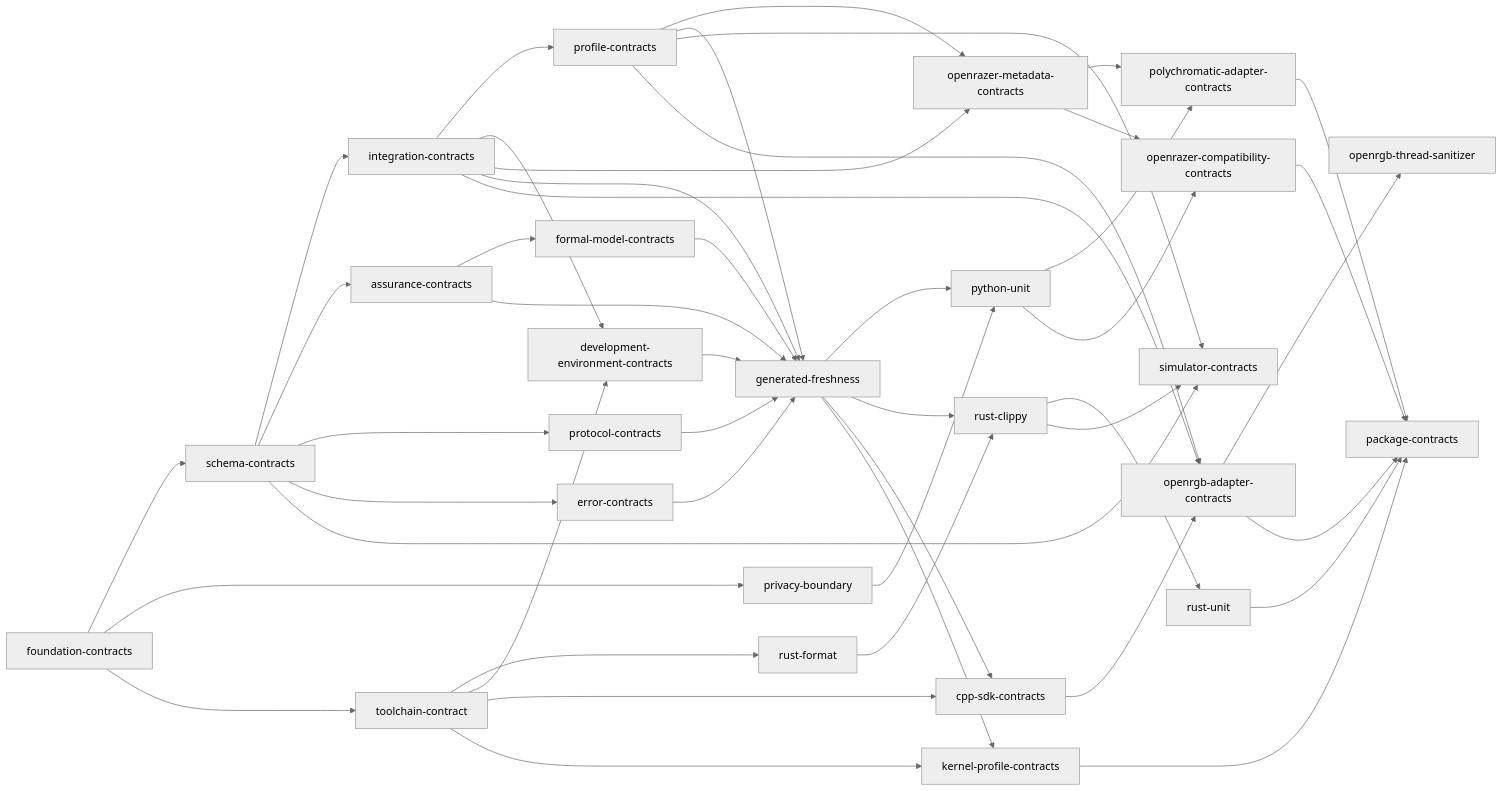
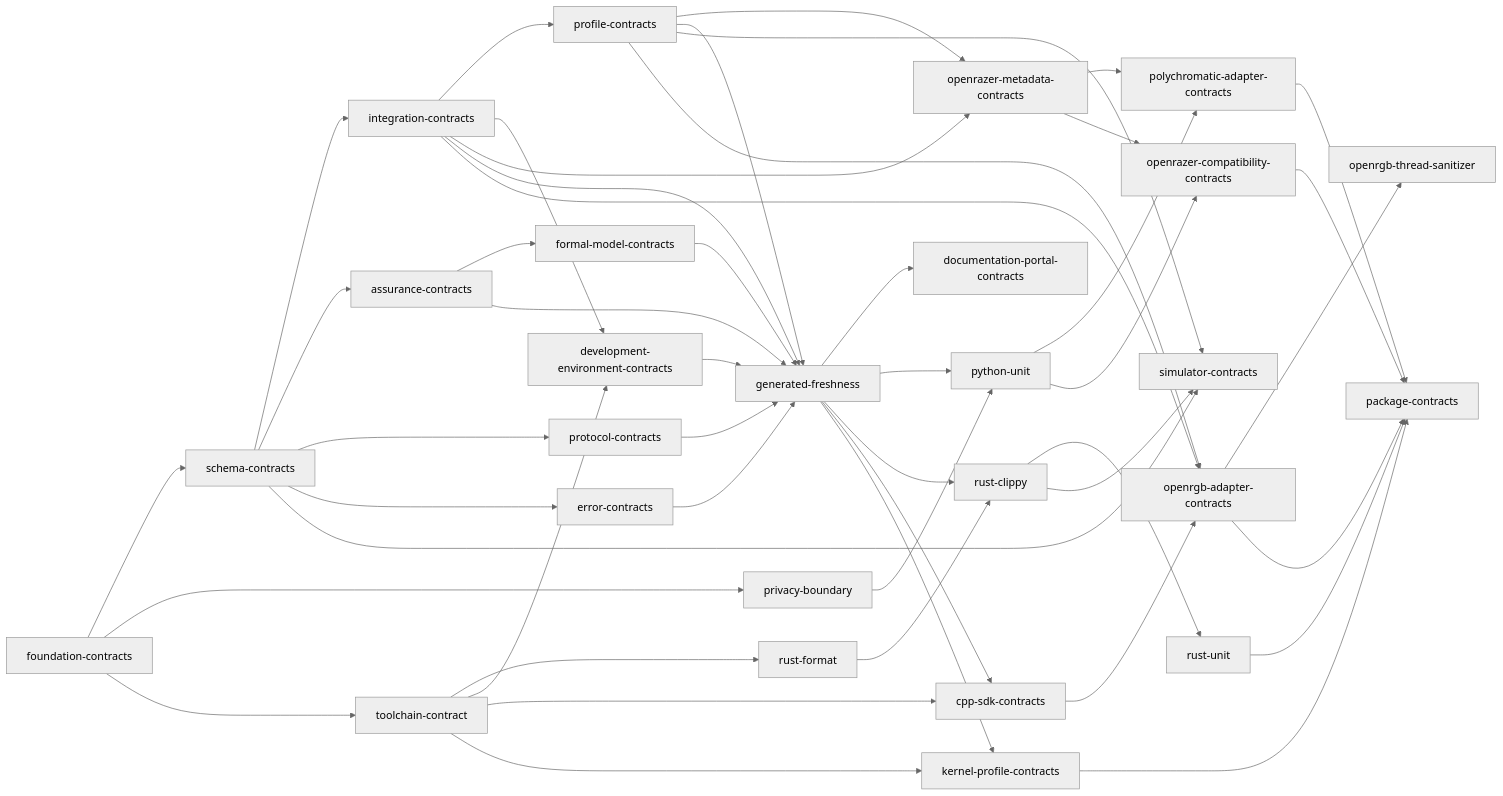
Before and after one commit to offalexjackson777-stack/hyperflux-next: the diagram in docs/generated/verification.md, drawn with Mermaid (neutral theme). The commit also changed other lines of this file and 17 other files, not shown here.

Commit message:
feat(docs): add verified offline documentation portal

````diff
--- a/docs/generated/verification.md
+++ b/docs/generated/verification.md
@@ -38,74 +39,76 @@
 ```mermaid
 flowchart LR
     foundation_contracts["foundation-contracts"]
     schema_contracts["schema-contracts"]
     privacy_boundary["privacy-boundary"]
     toolchain_contract["toolchain-contract"]
     integration_contracts["integration-contracts"]
     assurance_contracts["assurance-contracts"]
     protocol_contracts["protocol-contracts"]
     error_contracts["error-contracts"]
     rust_format["rust-format"]
     formal_model_contracts["formal-model-contracts"]
     profile_contracts["profile-contracts"]
     development_environment_contracts["development-environment-contracts"]
     openrazer_metadata_contracts["openrazer-metadata-contracts"]
     generated_freshness["generated-freshness"]
+    documentation_portal_contracts["documentation-portal-contracts"]
     python_unit["python-unit"]
     rust_clippy["rust-clippy"]
     cpp_sdk_contracts["cpp-sdk-contracts"]
     kernel_profile_contracts["kernel-profile-contracts"]
     rust_unit["rust-unit"]
     simulator_contracts["simulator-contracts"]
     openrgb_adapter_contracts["openrgb-adapter-contracts"]
     polychromatic_adapter_contracts["polychromatic-adapter-contracts"]
     openrazer_compatibility_contracts["openrazer-compatibility-contracts"]
     openrgb_thread_sanitizer["openrgb-thread-sanitizer"]
     package_contracts["package-contracts"]
     foundation_contracts --> schema_contracts
     foundation_contracts --> privacy_boundary
     foundation_contracts --> toolchain_contract
     schema_contracts --> integration_contracts
     schema_contracts --> assurance_contracts
     schema_contracts --> protocol_contracts
     schema_contracts --> error_contracts
     toolchain_contract --> rust_format
     assurance_contracts --> formal_model_contracts
     integration_contracts --> profile_contracts
     integration_contracts --> development_environment_contracts
     toolchain_contract --> development_environment_contracts
     integration_contracts --> openrazer_metadata_contracts
     profile_contracts --> openrazer_metadata_contracts
     profile_contracts --> generated_freshness
     protocol_contracts --> generated_freshness
     error_contracts --> generated_freshness
     integration_contracts --> generated_freshness
     assurance_contracts --> generated_freshness
     formal_model_contracts --> generated_freshness
     development_environment_contracts --> generated_freshness
+    generated_freshness --> documentation_portal_contracts
     generated_freshness --> python_unit
     privacy_boundary --> python_unit
     generated_freshness --> rust_clippy
     rust_format --> rust_clippy
     generated_freshness --> cpp_sdk_contracts
     toolchain_contract --> cpp_sdk_contracts
     generated_freshness --> kernel_profile_contracts
     toolchain_contract --> kernel_profile_contracts
     rust_clippy --> rust_unit
     rust_clippy --> simulator_contracts
     schema_contracts --> simulator_contracts
     profile_contracts --> simulator_contracts
     cpp_sdk_contracts --> openrgb_adapter_contracts
     integration_contracts --> openrgb_adapter_contracts
     profile_contracts --> openrgb_adapter_contracts
     openrazer_metadata_contracts --> polychromatic_adapter_contracts
     python_unit --> polychromatic_adapter_contracts
     openrazer_metadata_contracts --> openrazer_compatibility_contracts
     python_unit --> openrazer_compatibility_contracts
     openrgb_adapter_contracts --> openrgb_thread_sanitizer
     kernel_profile_contracts --> package_contracts
     openrgb_adapter_contracts --> package_contracts
     polychromatic_adapter_contracts --> package_contracts
     openrazer_compatibility_contracts --> package_contracts
     rust_unit --> package_contracts
 ```
````
